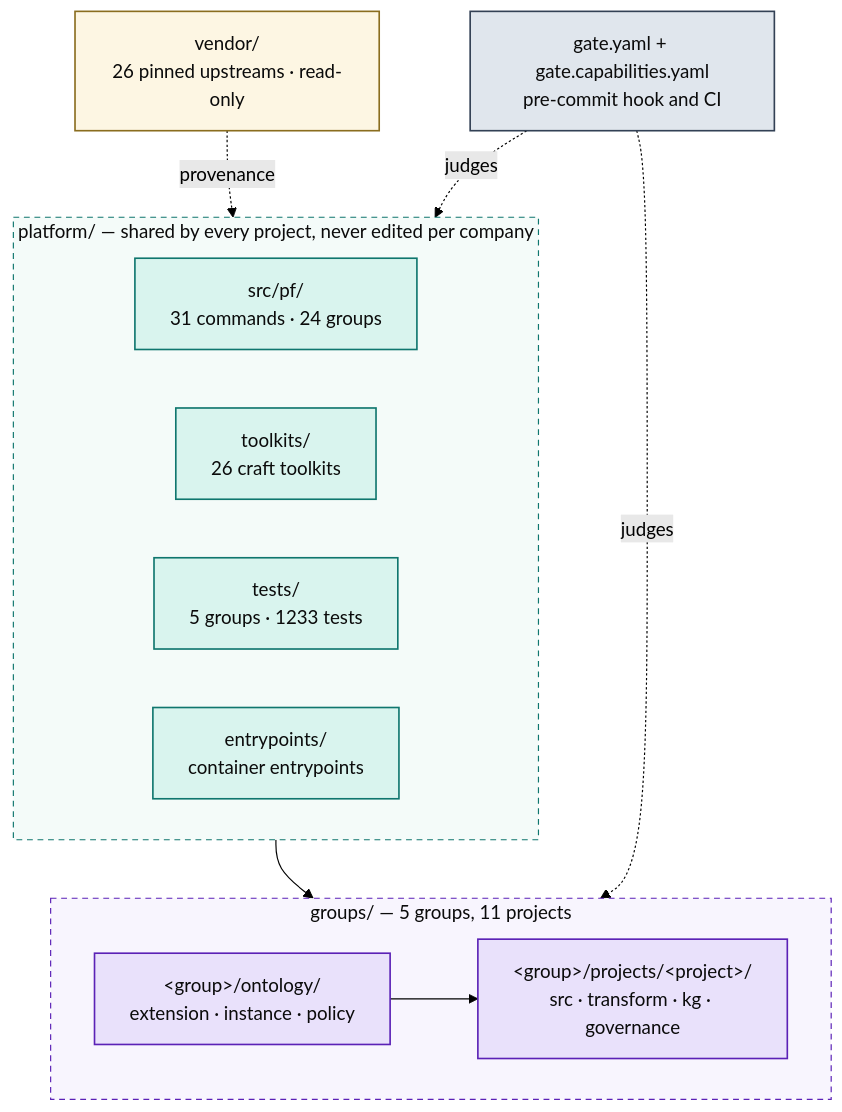
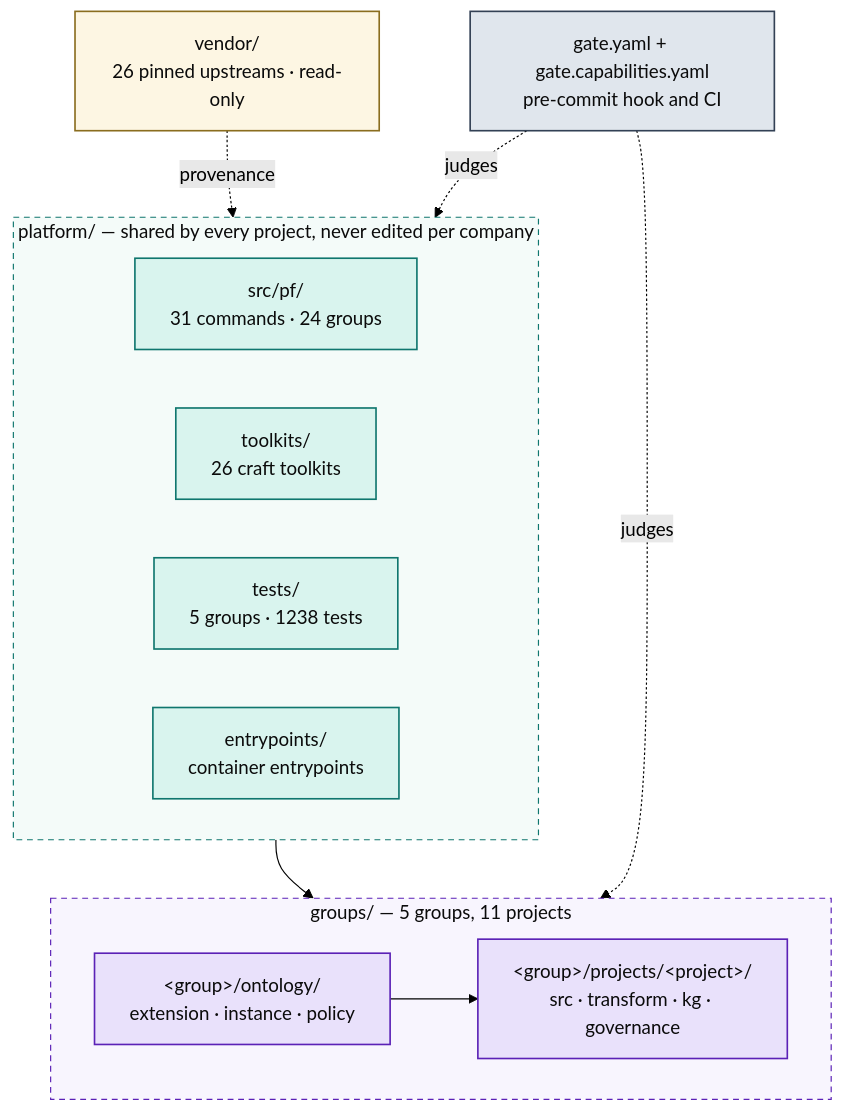
One commit to Atomz-org/data-platform changed the first of 5 diagrams in docs/ARCHITECTURE.md. Above: the diagram before and after it, drawn with Mermaid (forest theme). The commit also changed other lines of this file and 2 other files, not shown here.

Commit message:
Heal generated context on main (1)
Regenerated by `pf context refresh`: generated files only, no hand edits.

````diff
--- a/docs/ARCHITECTURE.md
+++ b/docs/ARCHITECTURE.md
@@ -15,36 +15,36 @@
 ```mermaid
 flowchart TB
   subgraph SHARED["platform/ — shared by every project, never edited per company"]
     direction LR
     ENG["src/pf/<br/>31 commands · 24 groups"]
     TK["toolkits/<br/>26 craft toolkits"]
-    TST["tests/<br/>5 groups · 1233 tests"]
+    TST["tests/<br/>5 groups · 1238 tests"]
     ENT["entrypoints/<br/>container entrypoints"]
   end
 
   subgraph ENTITIES["groups/ — 5 groups, 11 projects"]
     direction LR
     GRP["&lt;group&gt;/ontology/<br/>extension · instance · policy"]
     PRJ["&lt;group&gt;/projects/&lt;project&gt;/<br/>src · transform · kg · governance"]
     GRP --> PRJ
   end
 
   VEN["vendor/<br/>26 pinned upstreams · read-only"]
   GATE["gate.yaml + gate.capabilities.yaml<br/>pre-commit hook and CI"]
 
   SHARED --> ENTITIES
   VEN -.provenance.-> SHARED
   GATE -.judges.-> ENTITIES
   GATE -.judges.-> SHARED
 
   classDef code fill:#d9f4ee,stroke:#0f766e,stroke-width:1.4px,color:#0b0b0b
   classDef data fill:#e9e1fb,stroke:#5b21b6,stroke-width:1.4px,color:#0b0b0b
   classDef gov fill:#e0e6ed,stroke:#334155,stroke-width:1.4px,color:#0b0b0b
   classDef ext fill:#fdf6e3,stroke:#8a6d1f,stroke-width:1.4px,color:#0b0b0b
   class ENG,TK,TST,ENT code
   class GRP,PRJ data
   class GATE gov
   class VEN ext
   style SHARED fill:#f4fbf9,stroke:#0f766e,stroke-dasharray:5 4,color:#0b0b0b
   style ENTITIES fill:#f8f5fe,stroke:#5b21b6,stroke-dasharray:5 4,color:#0b0b0b
 ```
````
